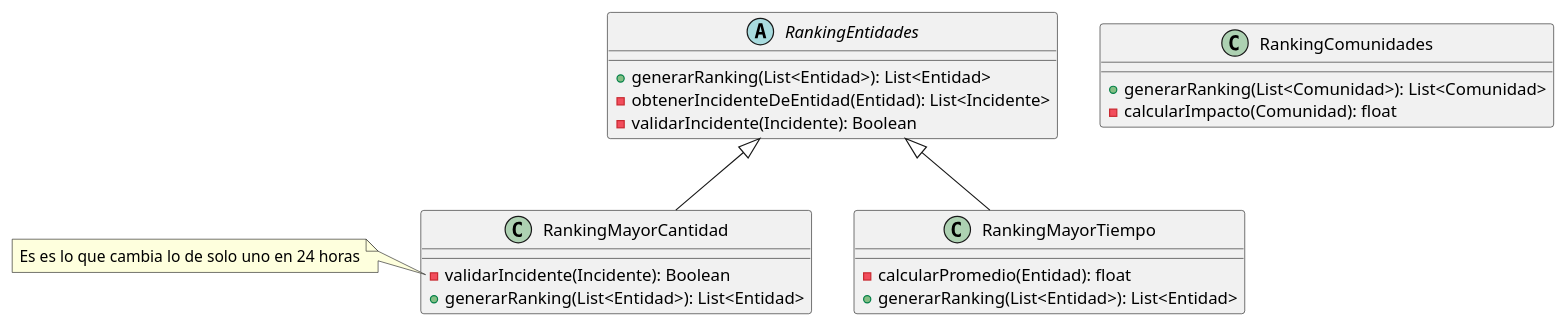
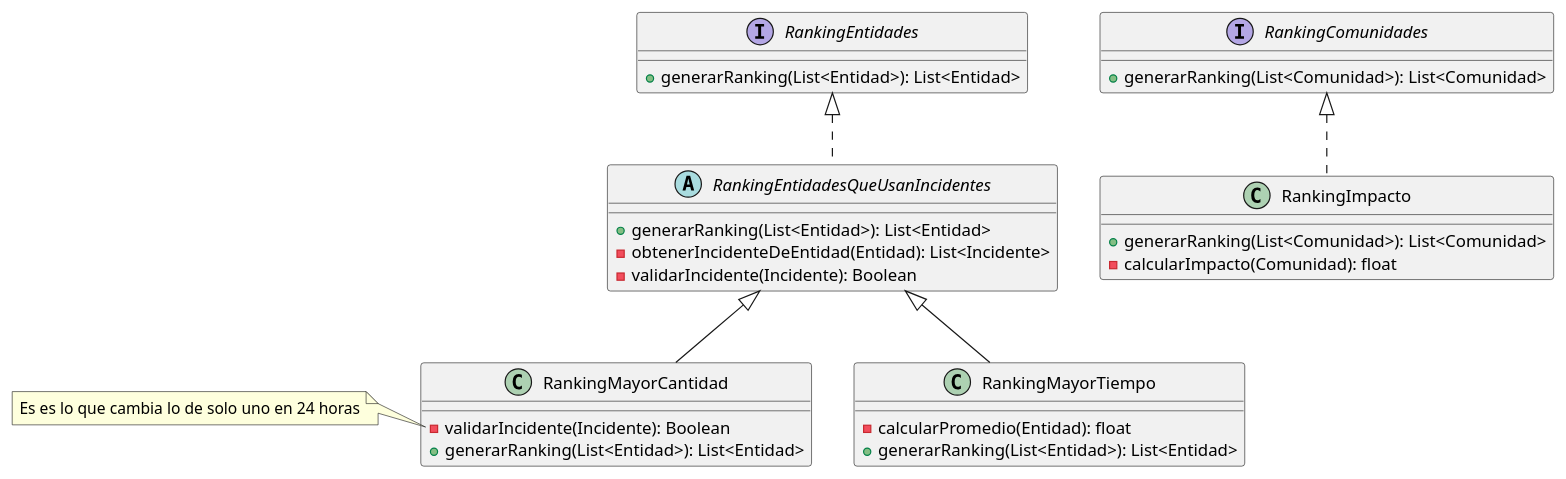
One commit to AndyTrias/comunidades-apoyo-movilidad-reducida- changed the diagram in Entregables/DiagramaRankings.wsd. Above: the diagram before and after it, drawn with PlantUML. The commit also changed 8 other files, not shown here.

```diff
--- a/Entregables/DiagramaRankings.wsd
+++ b/Entregables/DiagramaRankings.wsd
@@ -1,35 +1,41 @@
 @startuml GenerarRankings
 
 
 
-abstract RankingEntidades {
+abstract RankingEntidadesQueUsanIncidentes implements RankingEntidades{
     + generarRanking(List<Entidad>): List<Entidad>
     - obtenerIncidenteDeEntidad(Entidad): List<Incidente>
     - validarIncidente(Incidente): Boolean
 }
 
-class RankingMayorCantidad extends RankingEntidades {
+class RankingMayorCantidad extends RankingEntidadesQueUsanIncidentes {
     - validarIncidente(Incidente): Boolean 
     + generarRanking(List<Entidad>): List<Entidad>
 }
 
 note left of RankingMayorCantidad::validarIncidente
     Es es lo que cambia lo de solo uno en 24 horas
 end note
 
 
 
-class RankingMayorTiempo extends RankingEntidades {
+class RankingMayorTiempo extends RankingEntidadesQueUsanIncidentes {
     - calcularPromedio(Entidad): float
     + generarRanking(List<Entidad>): List<Entidad>
 }
 
-class RankingComunidades {
+class RankingImpacto implements RankingComunidades {
     + generarRanking(List<Comunidad>): List<Comunidad>
     - calcularImpacto(Comunidad): float
 }
 
+interface RankingEntidades {
+    + generarRanking(List<Entidad>): List<Entidad>
+}
 
+interface RankingComunidades {
+    + generarRanking(List<Comunidad>): List<Comunidad>
+}
 
 
 @enduml
```
